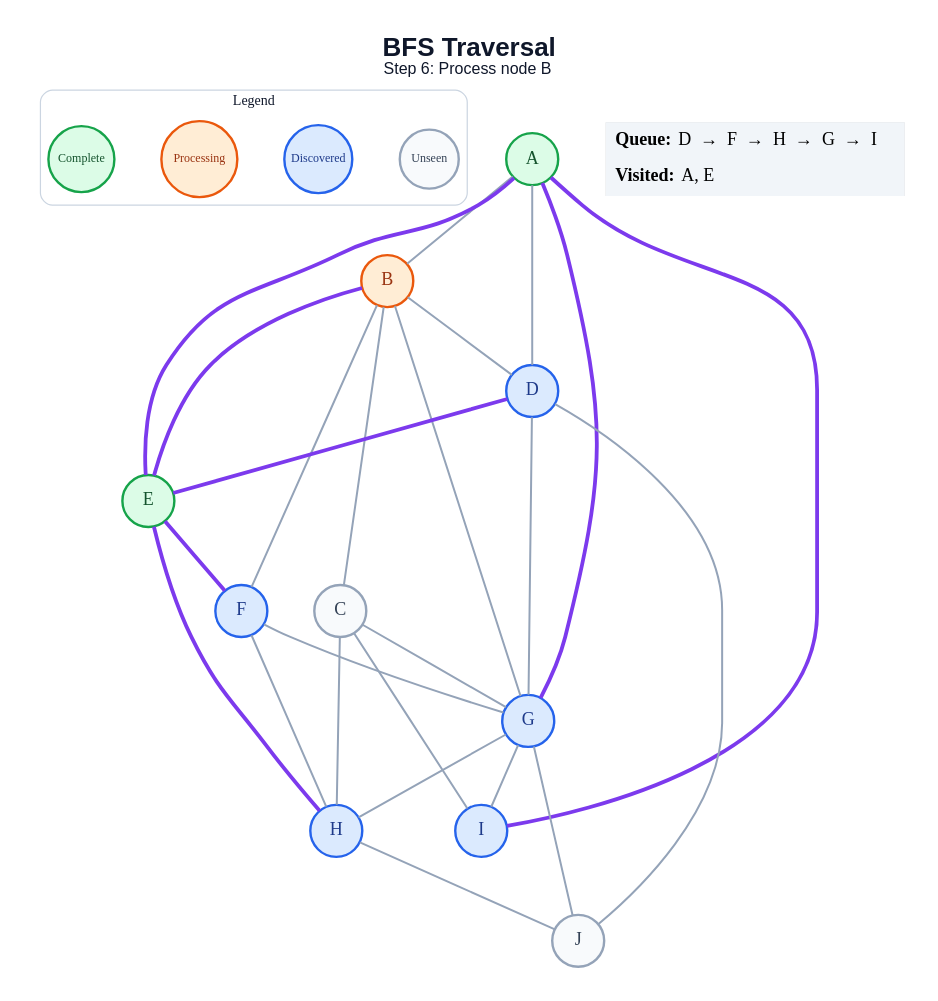
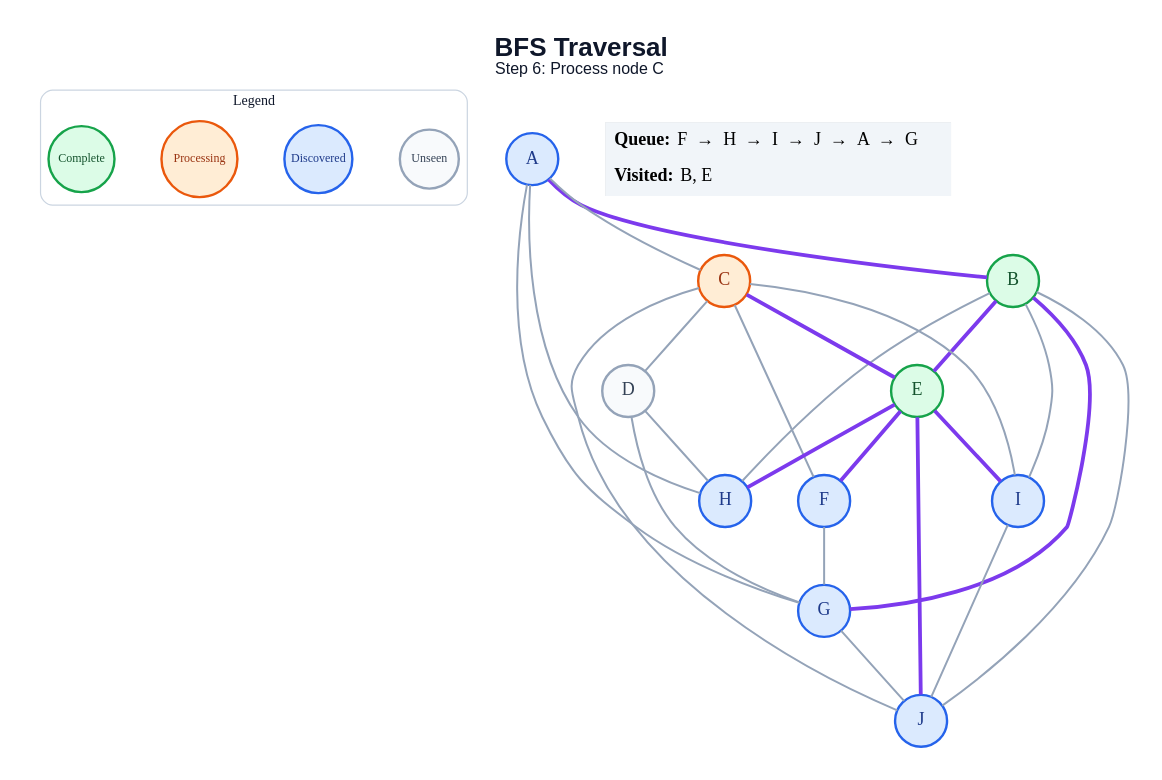
The diagram in generated/specific-node/bfs/step_06.dot (amanghodawala9/ai-slop), drawn with Graphviz before and after one commit. The commit also changed 178 other files, not shown here.

```diff
--- a/generated/specific-node/bfs/step_06.dot
+++ b/generated/specific-node/bfs/step_06.dot
@@ -1,53 +1,52 @@
 graph traversal {
   graph [layout=dot, rankdir=TB, bgcolor="#FFFFFF", pad="0.35", nodesep="0.65", ranksep="0.8", fontname="Arial"];
   node [shape=circle, style="filled", fontname="Arial Bold", fontsize=18, width=0.72, fixedsize=true, penwidth=2.4];
   edge [color="#94A3B8", penwidth=2.0];
-  label=<<B>BFS Traversal</B><BR/><FONT POINT-SIZE="16">Step 6: Process node B</FONT>>; labelloc="t"; fontsize=26; fontname="Arial"; fontcolor="#0F172A";
+  label=<<B>BFS Traversal</B><BR/><FONT POINT-SIZE="16">Step 6: Process node C</FONT>>; labelloc="t"; fontsize=26; fontname="Arial"; fontcolor="#0F172A";
   subgraph cluster_legend { label="Legend"; color="#CBD5E1"; penwidth=1.2; style="rounded"; fontsize=14; fontname="Arial Bold";
     key_unseen [label="Unseen", fillcolor="#F8FAFC", color="#94A3B8", fontcolor="#334155", fontsize=12, width=0.82];
     key_frontier [label="Discovered", fillcolor="#DBEAFE", color="#2563EB", fontcolor="#1E3A8A", fontsize=12, width=0.95];
     key_current [label="Processing", fillcolor="#FFEDD5", color="#EA580C", fontcolor="#9A3412", fontsize=12, width=1.05];
     key_done [label="Complete", fillcolor="#DCFCE7", color="#16A34A", fontcolor="#14532D", fontsize=12, width=0.92];
     { rank=same; key_unseen; key_frontier; key_current; key_done; }
   }
-  A [fillcolor="#DCFCE7", color="#16A34A", fontcolor="#14532D"];
-  B [fillcolor="#FFEDD5", color="#EA580C", fontcolor="#9A3412"];
-  C [fillcolor="#F8FAFC", color="#94A3B8", fontcolor="#334155"];
-  D [fillcolor="#DBEAFE", color="#2563EB", fontcolor="#1E3A8A"];
+  A [fillcolor="#DBEAFE", color="#2563EB", fontcolor="#1E3A8A"];
+  B [fillcolor="#DCFCE7", color="#16A34A", fontcolor="#14532D"];
+  C [fillcolor="#FFEDD5", color="#EA580C", fontcolor="#9A3412"];
+  D [fillcolor="#F8FAFC", color="#94A3B8", fontcolor="#334155"];
   E [fillcolor="#DCFCE7", color="#16A34A", fontcolor="#14532D"];
   F [fillcolor="#DBEAFE", color="#2563EB", fontcolor="#1E3A8A"];
   G [fillcolor="#DBEAFE", color="#2563EB", fontcolor="#1E3A8A"];
   H [fillcolor="#DBEAFE", color="#2563EB", fontcolor="#1E3A8A"];
   I [fillcolor="#DBEAFE", color="#2563EB", fontcolor="#1E3A8A"];
-  J [fillcolor="#F8FAFC", color="#94A3B8", fontcolor="#334155"];
-  A -- B;
-  A -- D;
-  A -- E [color="#7C3AED", penwidth=3.8];
-  A -- G [color="#7C3AED", penwidth=3.8];
-  A -- I [color="#7C3AED", penwidth=3.8];
-  B -- C;
-  B -- D;
+  J [fillcolor="#DBEAFE", color="#2563EB", fontcolor="#1E3A8A"];
+  A -- B [color="#7C3AED", penwidth=3.8];
+  A -- C;
+  A -- G;
+  A -- H;
   B -- E [color="#7C3AED", penwidth=3.8];
-  B -- F;
-  B -- G;
-  C -- G;
-  C -- H;
+  B -- G [color="#7C3AED", penwidth=3.8];
+  B -- H;
+  B -- I;
+  B -- J;
+  C -- D;
+  C -- E [color="#7C3AED", penwidth=3.8];
+  C -- F;
   C -- I;
-  D -- E [color="#7C3AED", penwidth=3.8];
+  C -- J;
   D -- G;
-  D -- J;
+  D -- H;
   E -- F [color="#7C3AED", penwidth=3.8];
   E -- H [color="#7C3AED", penwidth=3.8];
+  E -- I [color="#7C3AED", penwidth=3.8];
+  E -- J [color="#7C3AED", penwidth=3.8];
   F -- G;
-  F -- H;
-  G -- H;
-  G -- I;
   G -- J;
-  H -- J;
+  I -- J;
   status [shape=plain, fixedsize=false, width=0, height=0, margin=0, label=<
     <TABLE BORDER="0" CELLBORDER="0" CELLPADDING="7" BGCOLOR="#F1F5F9">
-      <TR><TD ALIGN="LEFT"><B>Queue:</B> D  →  F  →  H  →  G  →  I</TD></TR>
-      <TR><TD ALIGN="LEFT"><B>Visited:</B> A, E</TD></TR>
+      <TR><TD ALIGN="LEFT"><B>Queue:</B> F  →  H  →  I  →  J  →  A  →  G</TD></TR>
+      <TR><TD ALIGN="LEFT"><B>Visited:</B> B, E</TD></TR>
     </TABLE>
   >];
 }
```
